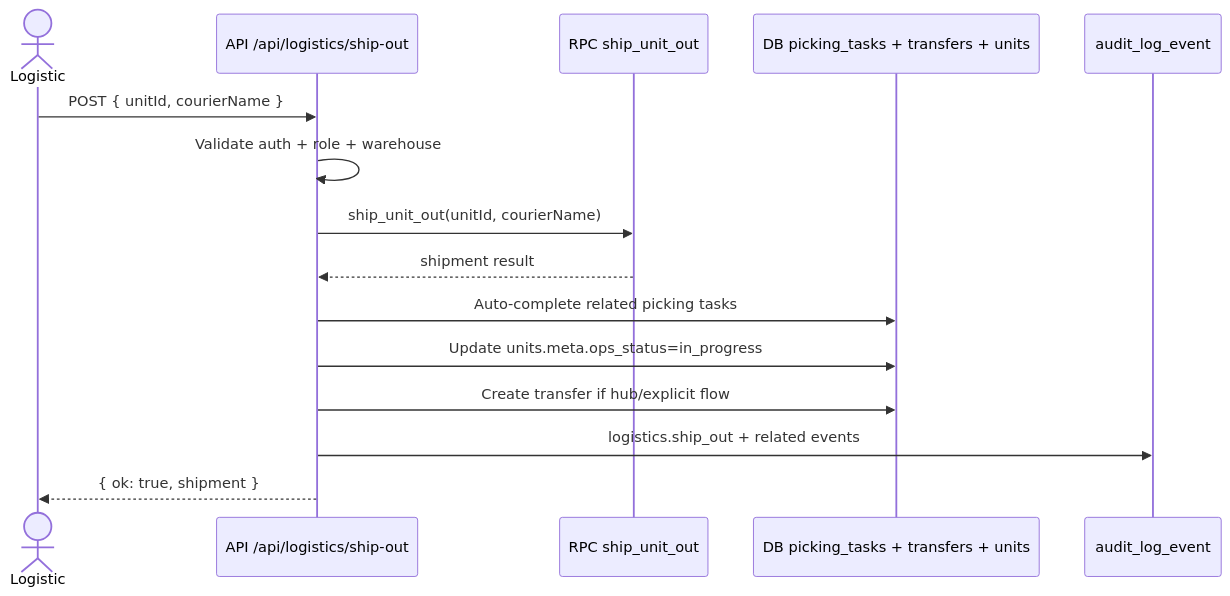
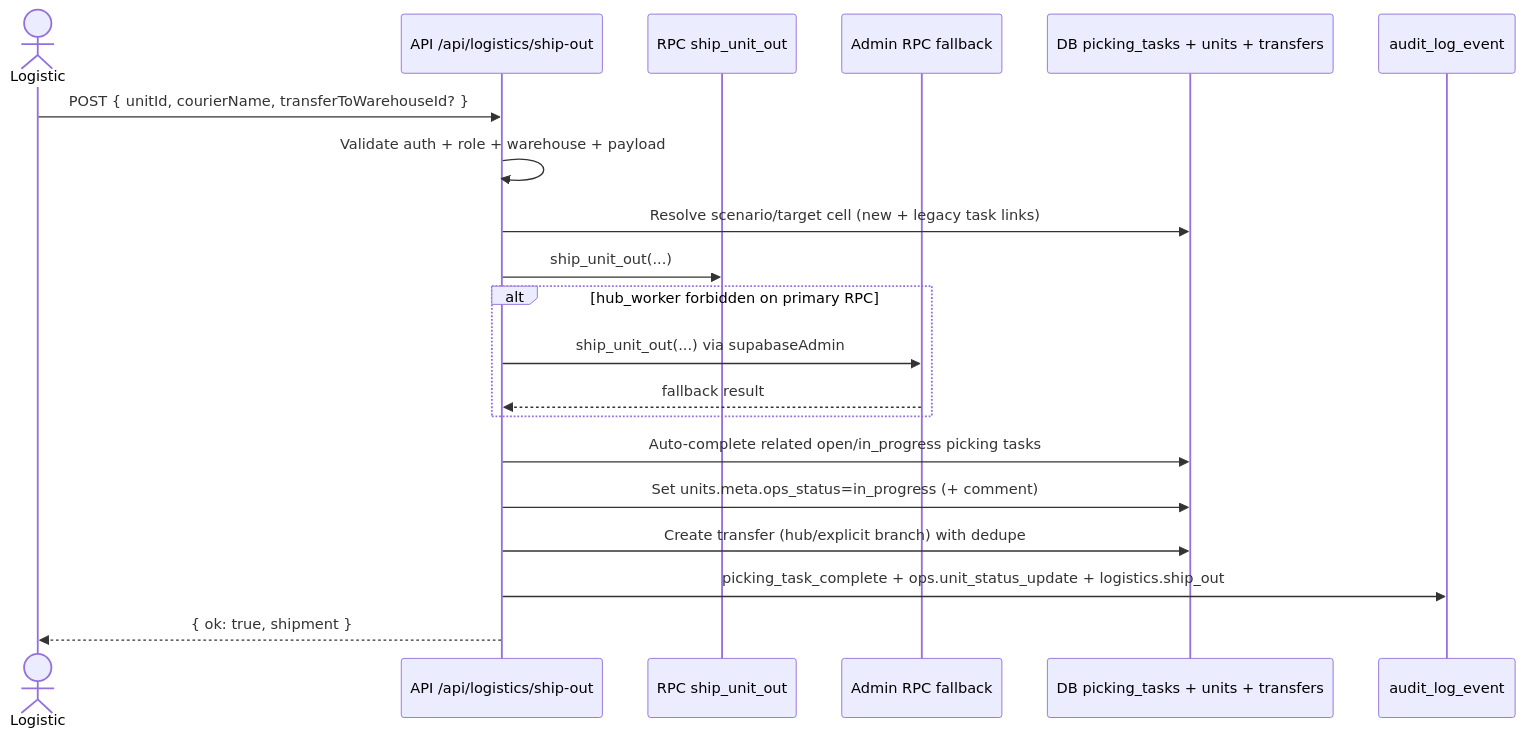
Before and after one commit to umutkara/warehouse: the third of 7 diagrams in docs/process/README.md, drawn with Mermaid. The commit also changed other lines of this file and 14 other files, not shown here.

````diff
--- a/docs/process/README.md
+++ b/docs/process/README.md
@@ -48,18 +68,23 @@
 ```mermaid
 sequenceDiagram
   actor Logistic
   participant API as API /api/logistics/ship-out
   participant RPC as RPC ship_unit_out
-  participant DB as DB picking_tasks + transfers + units
+  participant Admin as Admin RPC fallback
+  participant DB as DB picking_tasks + units + transfers
   participant Audit as audit_log_event
 
-  Logistic->>API: POST { unitId, courierName }
-  API->>API: Validate auth + role + warehouse
-  API->>RPC: ship_unit_out(unitId, courierName)
-  RPC-->>API: shipment result
-  API->>DB: Auto-complete related picking tasks
-  API->>DB: Update units.meta.ops_status=in_progress
-  API->>DB: Create transfer if hub/explicit flow
-  API->>Audit: logistics.ship_out + related events
+  Logistic->>API: POST { unitId, courierName, transferToWarehouseId? }
+  API->>API: Validate auth + role + warehouse + payload
+  API->>DB: Resolve scenario/target cell (new + legacy task links)
+  API->>RPC: ship_unit_out(...)
+  alt hub_worker forbidden on primary RPC
+    API->>Admin: ship_unit_out(...) via supabaseAdmin
+    Admin-->>API: fallback result
+  end
+  API->>DB: Auto-complete related open/in_progress picking tasks
+  API->>DB: Set units.meta.ops_status=in_progress (+ comment)
+  API->>DB: Create transfer (hub/explicit branch) with dedupe
+  API->>Audit: picking_task_complete + ops.unit_status_update + logistics.ship_out
   API-->>Logistic: { ok: true, shipment }
 ```
````
